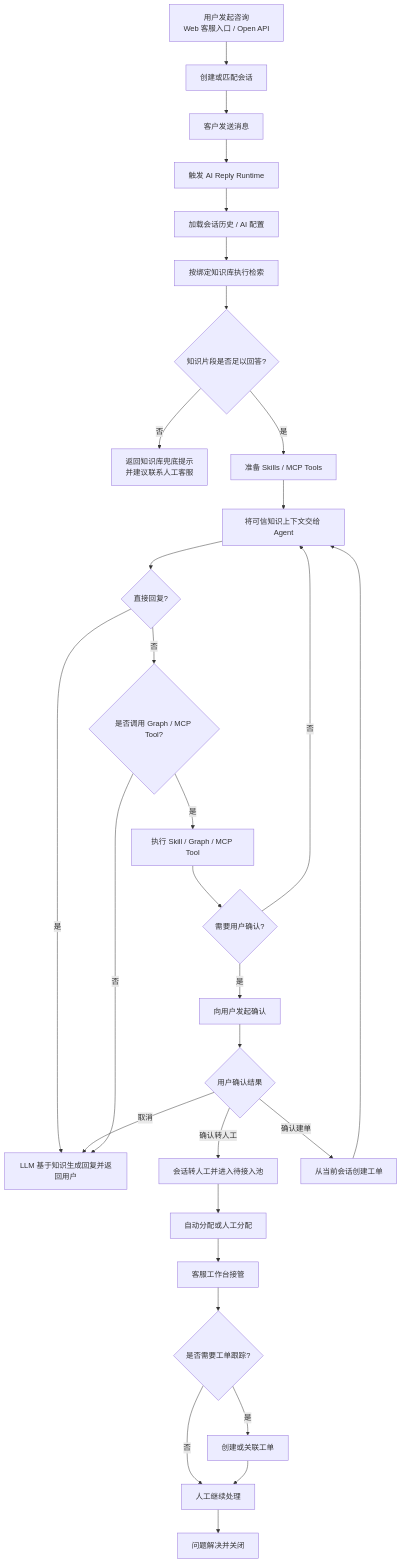
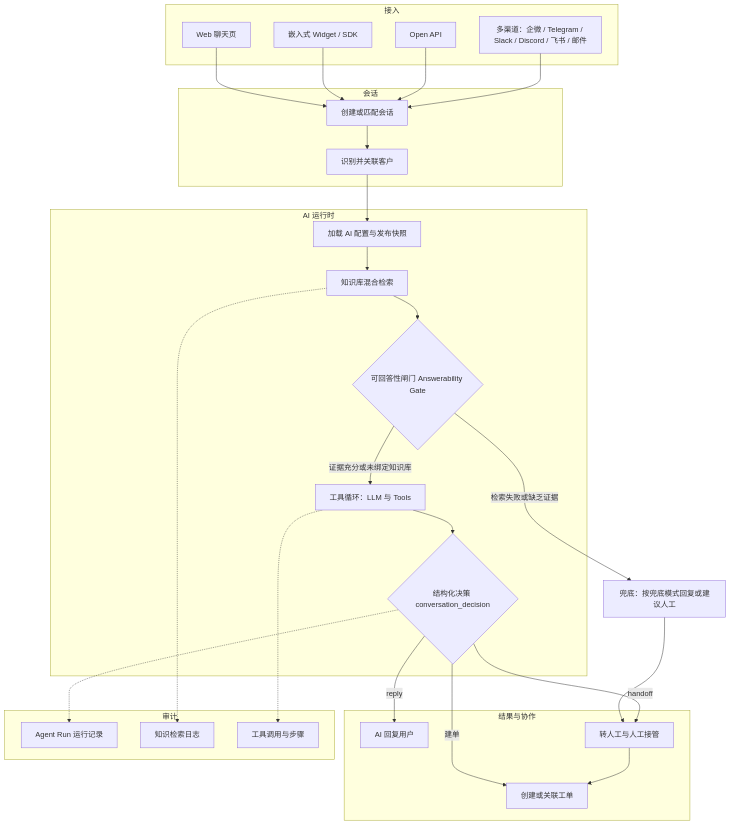
One commit to koi985/cs-agent changed the first of 3 diagrams in README.md. Above: the diagram before and after it, drawn with Mermaid. The commit also changed other lines of this file, not shown here.

````diff
--- a/README.md
+++ b/README.md
@@ -185,32 +189,47 @@
 ```mermaid
-flowchart TD
-    A[用户发起咨询<br/>Web 客服入口 / Open API] --> B[创建或匹配会话]
-    B --> C[客户发送消息]
-    C --> D[触发 AI Reply Runtime]
-    D --> E[加载会话历史 / AI 配置]
-    E --> F[按绑定知识库执行检索]
-    F --> G{知识片段是否足以回答?}
-    G -- 否 --> Z[返回知识库兜底提示<br/>并建议联系人工客服]
-    G -- 是 --> H[准备 Skills / MCP Tools]
-    H --> I[将可信知识上下文交给 Agent]
-    I --> J{直接回复?}
-    J -- 是 --> K[LLM 基于知识生成回复并返回用户]
-    J -- 否 --> N{是否调用 Graph / MCP Tool?}
-    N -- 是 --> O[执行 Skill / Graph / MCP Tool]
-    O --> P{需要用户确认?}
-    P -- 否 --> I
-    P -- 是 --> Q[向用户发起确认]
-    Q --> R{用户确认结果}
-    R -- 确认转人工 --> S[会话转人工并进入待接入池]
-    S --> T[自动分配或人工分配]
-    T --> U[客服工作台接管]
-    U --> V{是否需要工单跟踪?}
-    V -- 是 --> W[创建或关联工单]
-    V -- 否 --> X[人工继续处理]
-    W --> X
-    X --> Y[问题解决并关闭]
-    R -- 确认建单 --> AA[从当前会话创建工单]
-    AA --> I
-    R -- 取消 --> K
-    N -- 否 --> K
+flowchart TB
+    subgraph 接入
+        W[Web 聊天页]
+        G[嵌入式 Widget / SDK]
+        O[Open API]
+        C[多渠道：企微 / Telegram / Slack / Discord / 飞书 / 邮件]
+    end
+    subgraph 会话
+        S1[创建或匹配会话]
+        S2[识别并关联客户]
+    end
+    subgraph 运行时[AI 运行时]
+        R1[加载 AI 配置与发布快照]
+        R2[知识库混合检索]
+        R3{可回答性闸门 Answerability Gate}
+        R4[工具循环：LLM 与 Tools]
+        R5{结构化决策 conversation_decision}
+    end
+    subgraph 结果与协作
+        E1[AI 回复用户]
+        E2[转人工与人工接管]
+        E3[创建或关联工单]
+    end
+    subgraph 审计
+        A1[Agent Run 运行记录]
+        A2[知识检索日志]
+        A3[工具调用与步骤]
+    end
+
+    W --> S1
+    G --> S1
+    O --> S1
+    C --> S1
+    S1 --> S2 --> R1 --> R2 --> R3
+    R3 -- 证据充分或未绑定知识库 --> R4
+    R3 -- 检索失败或缺乏证据 --> FB[兜底：按兜底模式回复或建议人工]
+    FB --> E2
+    R4 --> R5
+    R5 -- reply --> E1
+    R5 -- handoff --> E2
+    R5 -- 建单 --> E3
+    E2 --> E3
+    R2 -.-> A2
+    R4 -.-> A3
+    R5 -.-> A1
 ```
````
